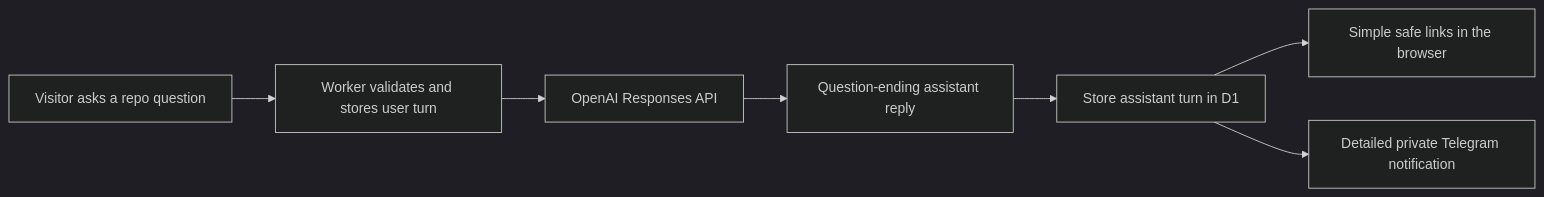
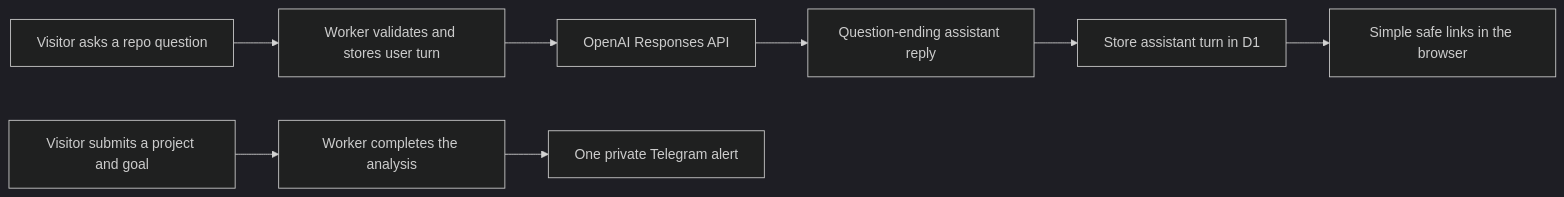
Before and after one commit to motozero/repofinder.io: the diagram in lessons/13-chat-and-telemetry.md, drawn with Mermaid (dark theme). The commit also changed other lines of this file and 13 other files, not shown here.

````diff
--- a/lessons/13-chat-and-telemetry.md
+++ b/lessons/13-chat-and-telemetry.md
@@ -21,9 +21,10 @@
 ```mermaid
 flowchart LR
   V["Visitor asks a repo question"] --> W["Worker validates and stores user turn"]
   W --> O["OpenAI Responses API"]
   O --> A["Question-ending assistant reply"]
   A --> D["Store assistant turn in D1"]
   D --> U["Simple safe links in the browser"]
-  D --> T["Detailed private Telegram notification"]
+  P["Visitor submits a project and goal"] --> R["Worker completes the analysis"]
+  R --> T["One private Telegram alert"]
 ```
````
